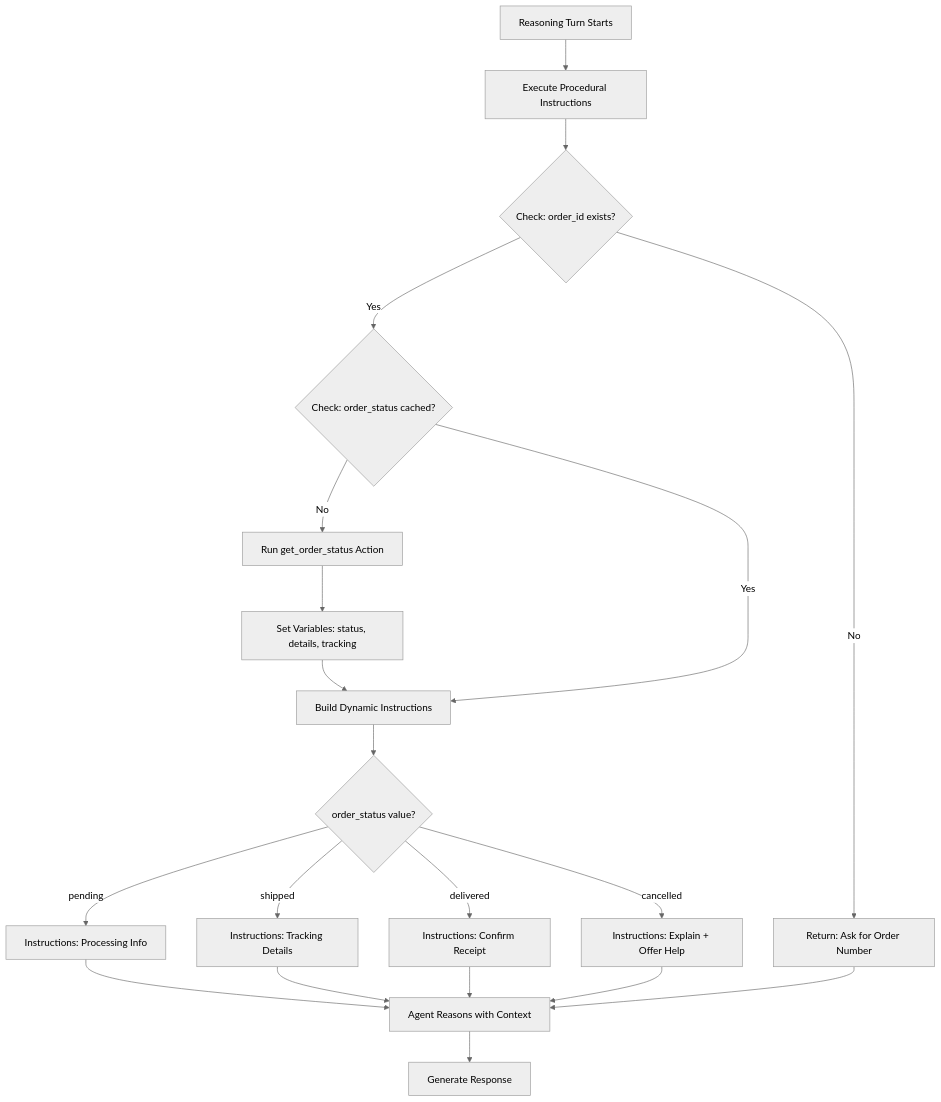
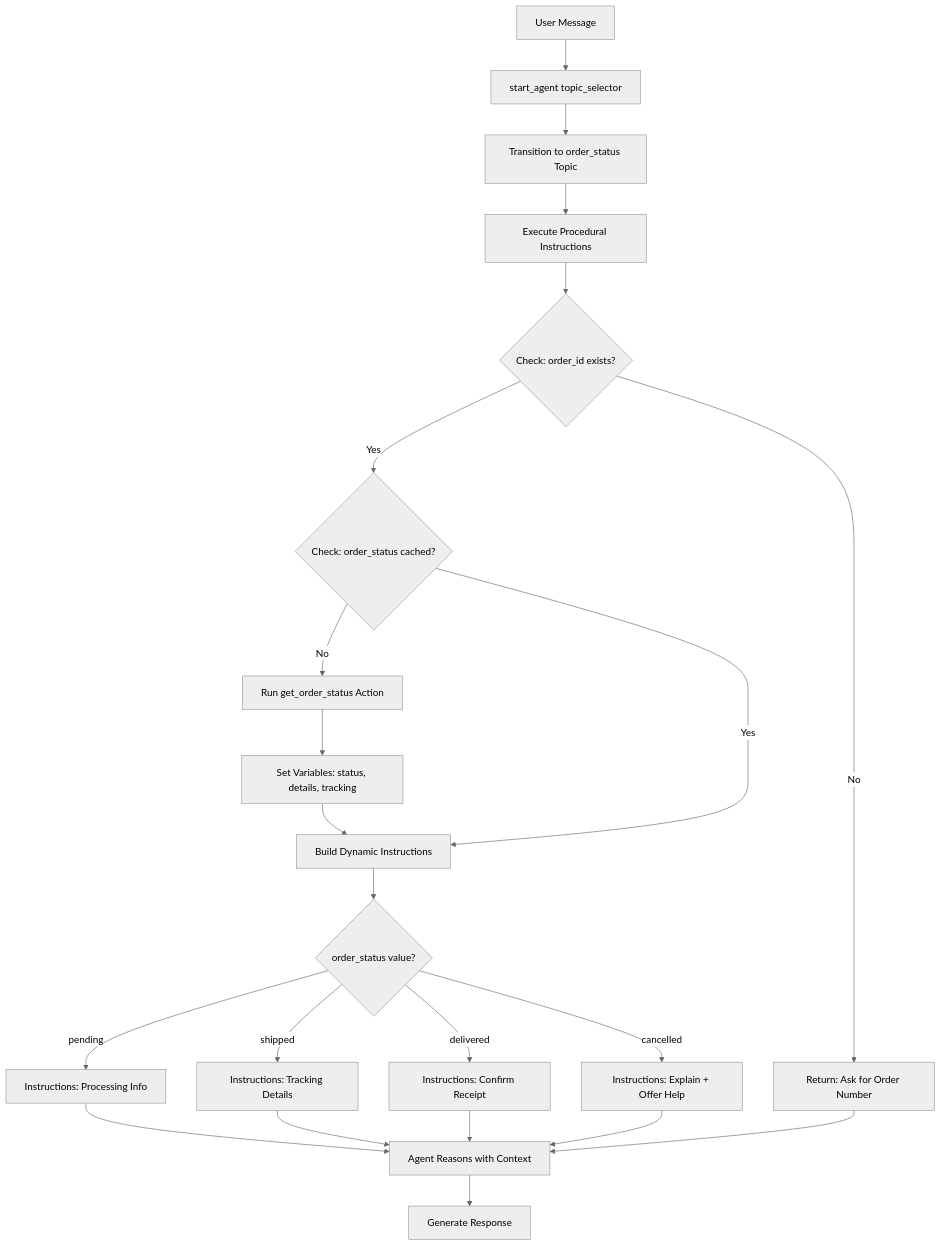
One commit to trailheadapps/agent-script-recipes changed the diagram in force-app/main/03_reasoningMechanics/reasoningInstructions/README.md. Above: the diagram before and after it, drawn with Mermaid. The commit also changed other lines of this file and 2 other files, not shown here.

Commit message:
fix: update recipe READMEs

````diff
--- a/force-app/main/03_reasoningMechanics/reasoningInstructions/README.md
+++ b/force-app/main/03_reasoningMechanics/reasoningInstructions/README.md
@@ -9,23 +9,25 @@
 ```mermaid
 %%{init: {'theme':'neutral'}}%%
 graph TD
-    A[Reasoning Turn Starts] --> B[Execute Procedural Instructions]
-    B --> C{Check: order_id exists?}
-    C -->|No| D[Return: Ask for Order Number]
-    C -->|Yes| E{Check: order_status cached?}
-    E -->|No| F[Run get_order_status Action]
-    F --> G[Set Variables: status, details, tracking]
-    G --> H[Build Dynamic Instructions]
-    E -->|Yes| H
-    H --> I{order_status value?}
-    I -->|pending| J[Instructions: Processing Info]
-    I -->|shipped| K[Instructions: Tracking Details]
-    I -->|delivered| L[Instructions: Confirm Receipt]
-    I -->|cancelled| M[Instructions: Explain + Offer Help]
-    J --> N[Agent Reasons with Context]
-    K --> N
-    L --> N
-    M --> N
-    D --> N
-    N --> O[Generate Response]
+    A[User Message] --> B[start_agent topic_selector]
+    B --> C[Transition to order_status Topic]
+    C --> D[Execute Procedural Instructions]
+    D --> E{Check: order_id exists?}
+    E -->|No| F[Return: Ask for Order Number]
+    E -->|Yes| G{Check: order_status cached?}
+    G -->|No| H[Run get_order_status Action]
+    H --> I[Set Variables: status, details, tracking]
+    I --> J[Build Dynamic Instructions]
+    G -->|Yes| J
+    J --> K{order_status value?}
+    K -->|pending| L[Instructions: Processing Info]
+    K -->|shipped| M[Instructions: Tracking Details]
+    K -->|delivered| N[Instructions: Confirm Receipt]
+    K -->|cancelled| O[Instructions: Explain + Offer Help]
+    L --> P[Agent Reasons with Context]
+    M --> P
+    N --> P
+    O --> P
+    F --> P
+    P --> Q[Generate Response]
 ```
````
